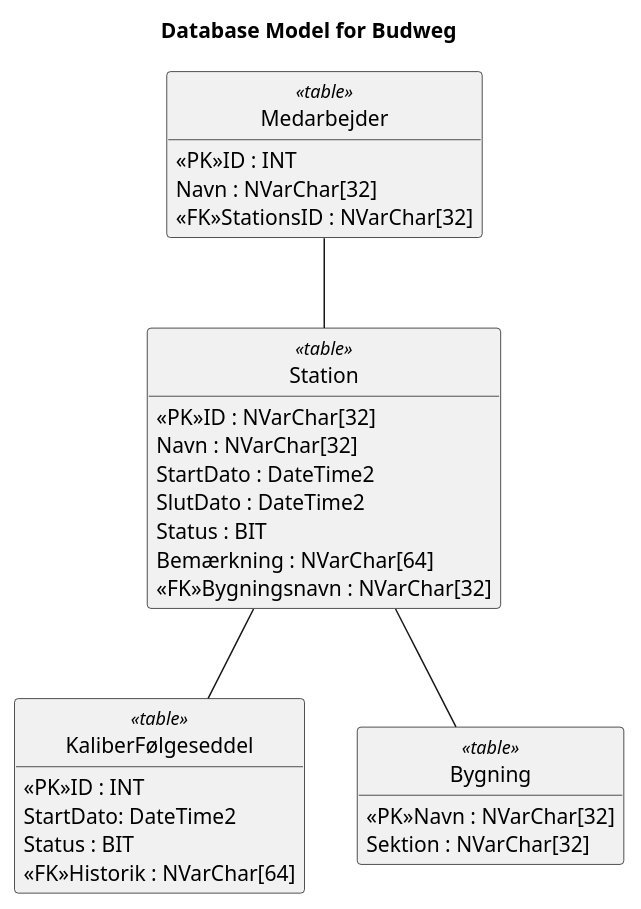
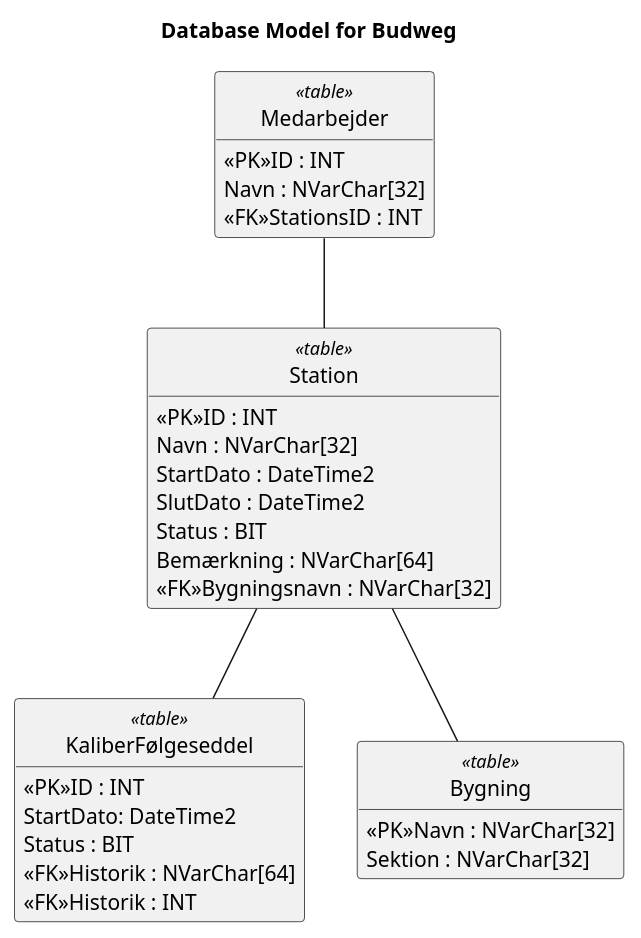
Before and after one commit to marsbo04/budweg: the diagram in uml_artifacts/database_model.puml, drawn with PlantUML.

Commit message:
Change keys to type INT

```diff
--- a/uml_artifacts/database_model.puml
+++ b/uml_artifacts/database_model.puml
@@ -1,43 +1,44 @@
 @startuml database_model_budweg
 hide methods
 hide circle
 
 title Database Model for Budweg
 
 class "KaliberFølgeseddel" <<table>>
 {
     <<PK>>ID : INT
     StartDato: DateTime2
     Status : BIT
     <<FK>>Historik : NVarChar[64]
+    <<FK>>Historik : INT
 }
 
 class "Station" <<table>>
 {
-    <<PK>>ID : NVarChar[32]
+    <<PK>>ID : INT
     Navn : NVarChar[32]
     StartDato : DateTime2
     SlutDato : DateTime2
     Status : BIT
     Bemærkning : NVarChar[64]
     <<FK>>Bygningsnavn : NVarChar[32]
 }
 
 class "Medarbejder" <<table>>
 {
     <<PK>>ID : INT
     Navn : NVarChar[32]
-    <<FK>>StationsID : NVarChar[32]
+    <<FK>>StationsID : INT
 }
 
 class "Bygning" <<table>>
 {
     <<PK>>Navn : NVarChar[32]
     Sektion : NVarChar[32]
 }
 
 Station -- KaliberFølgeseddel
 Station -- Bygning
 Medarbejder -- Station
 
 @enduml
```
